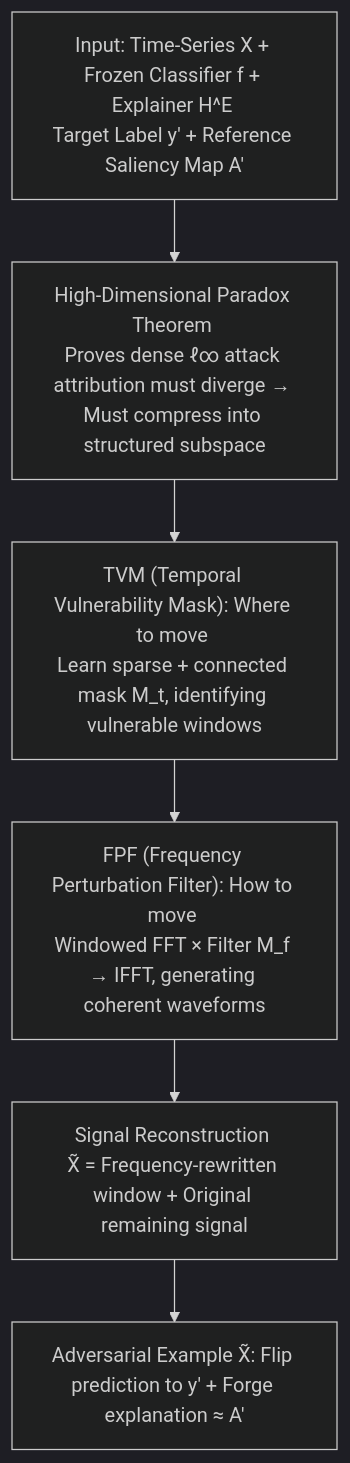
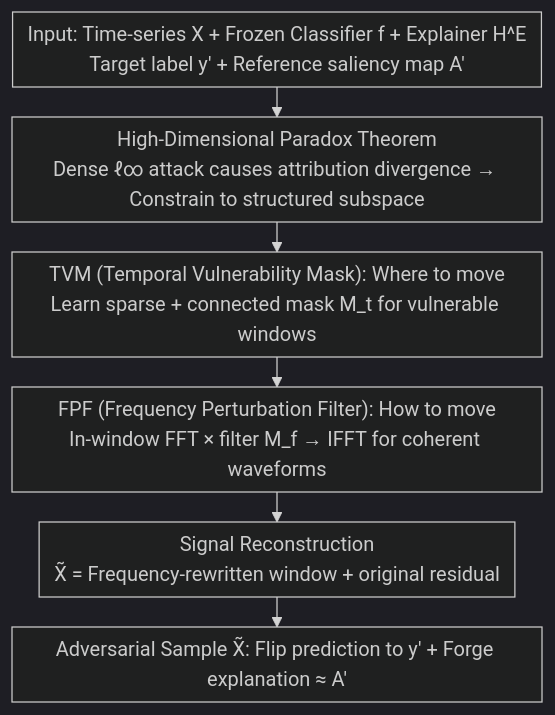
One commit to zhaoyang97/Paper-Notes-en changed the diagram in docs/ICML2026/ai_safety/exposing_vulnerabilities_in_explanation_for_time_series_classifiers_via_dual-tar.md. Above: the diagram before and after it, drawn with Mermaid (dark theme). The commit also changed other lines of this file and 5084 other files, not shown here.

````diff
--- a/docs/ICML2026/ai_safety/exposing_vulnerabilities_in_explanation_for_time_series_classifiers_via_dual-tar.md
+++ b/docs/ICML2026/ai_safety/exposing_vulnerabilities_in_explanation_for_time_series_classifiers_via_dual-tar.md
@@ -42,8 +42,9 @@
 ```mermaid
-graph TD
-    A["Input: Time-Series X + Frozen Classifier f + Explainer H^E <br/>Target Label y' + Reference Saliency Map A'"] --> B["High-Dimensional Paradox Theorem <br/>Proves dense ℓ∞ attack attribution must diverge → Must compress into structured subspace"]
-    B --> C["TVM (Temporal Vulnerability Mask): Where to move <br/>Learn sparse + connected mask M_t, identifying vulnerable windows"]
-    C --> D["FPF (Frequency Perturbation Filter): How to move <br/>Windowed FFT × Filter M_f → IFFT, generating coherent waveforms"]
-    D --> E["Signal Reconstruction <br/>X̃ = Frequency-rewritten window + Original remaining signal"]
-    E --> F["Adversarial Example X̃: Flip prediction to y' + Forge explanation ≈ A'"]
+%%{init: {'flowchart': {'rankSpacing': 24, 'nodeSpacing': 28, 'padding': 6, 'wrappingWidth': 400}}}%%
+flowchart TD
+    A["Input: Time-series X + Frozen Classifier f + Explainer H^E<br/>Target label y' + Reference saliency map A'"] --> B["High-Dimensional Paradox Theorem<br/>Dense ℓ∞ attack causes attribution divergence → Constrain to structured subspace"]
+    B --> C["TVM (Temporal Vulnerability Mask): Where to move<br/>Learn sparse + connected mask M_t for vulnerable windows"]
+    C --> D["FPF (Frequency Perturbation Filter): How to move<br/>In-window FFT × filter M_f → IFFT for coherent waveforms"]
+    D --> E["Signal Reconstruction<br/>X̃ = Frequency-rewritten window + original residual"]
+    E --> F["Adversarial Sample X̃: Flip prediction to y' + Forge explanation ≈ A'"]
 ```
````
